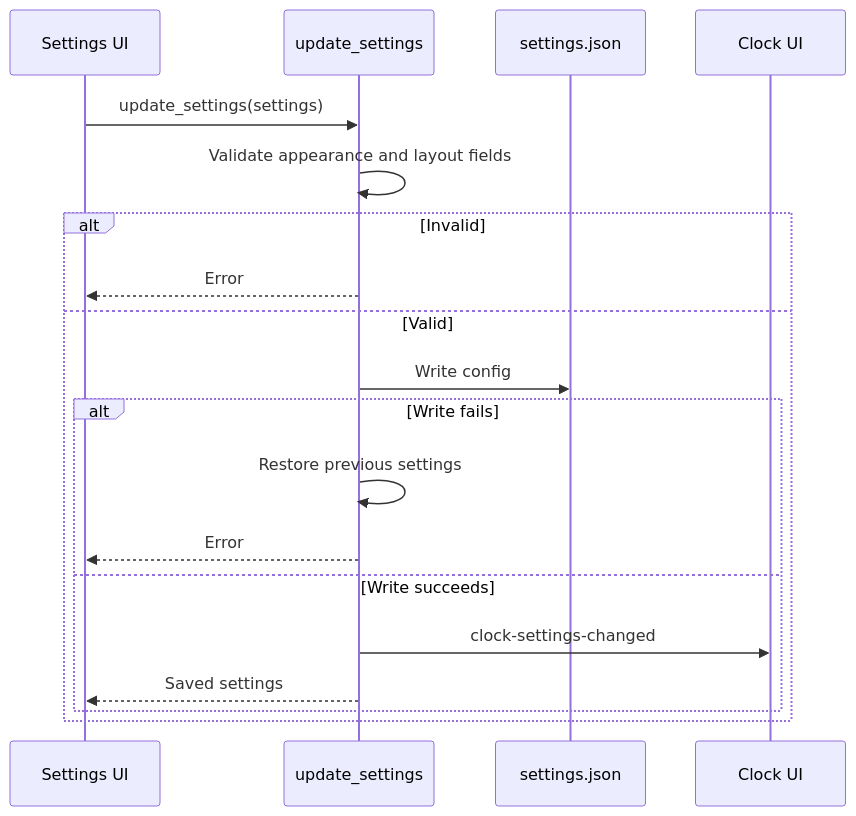
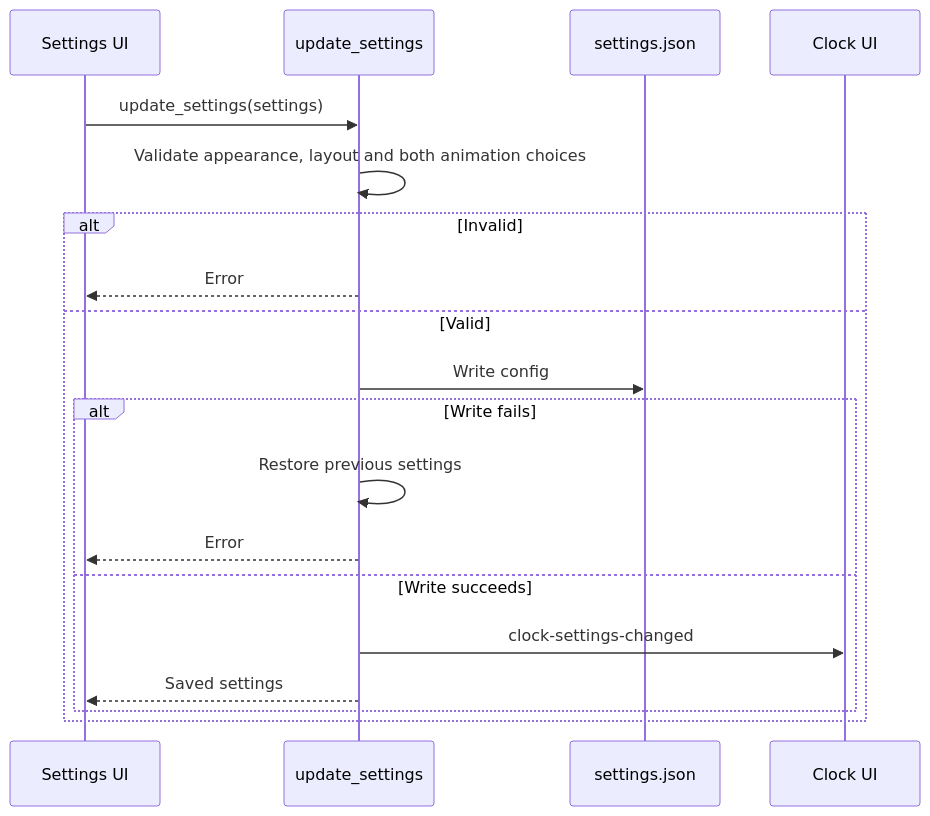
Before and after one commit to tbkmax/TopClock: the second of 2 diagrams in src-tauri/src/doc/workflow_diagram.md, drawn with Mermaid. The commit also changed other lines of this file and 17 other files, not shown here.

````diff
--- a/src-tauri/src/doc/workflow_diagram.md
+++ b/src-tauri/src/doc/workflow_diagram.md
@@ -39,21 +39,21 @@
 ```mermaid
 sequenceDiagram
     participant UI as Settings UI
     participant Rust as update_settings
     participant File as settings.json
     participant Clock as Clock UI
     UI->>Rust: update_settings(settings)
-    Rust->>Rust: Validate appearance and layout fields
+    Rust->>Rust: Validate appearance, layout and both animation choices
     alt Invalid
         Rust-->>UI: Error
     else Valid
         Rust->>File: Write config
         alt Write fails
             Rust->>Rust: Restore previous settings
             Rust-->>UI: Error
         else Write succeeds
             Rust->>Clock: clock-settings-changed
             Rust-->>UI: Saved settings
         end
     end
 ```
````
